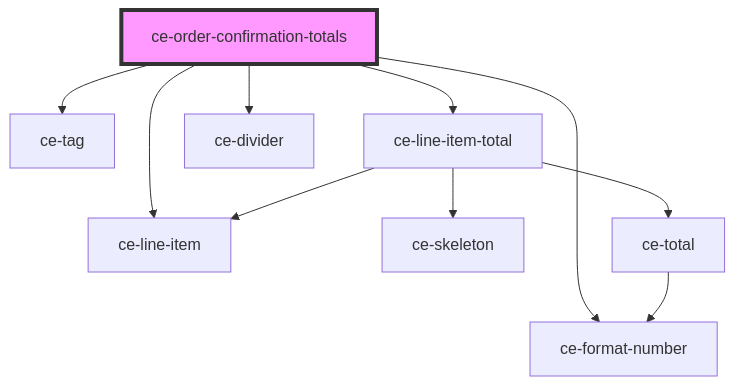
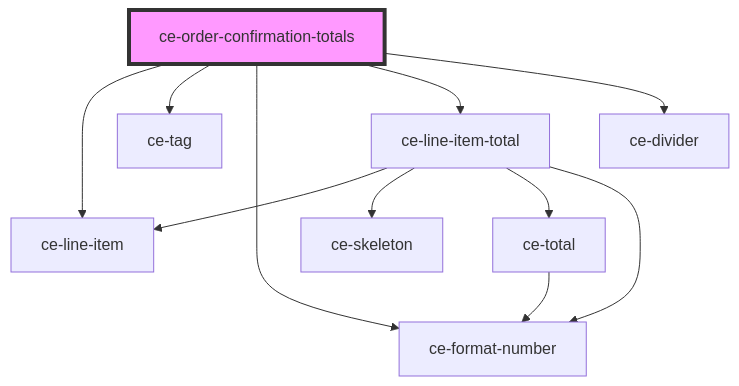
The diagram in packages/components/src/components/controllers/order-confirmation-totals/readme.md (surecart/surecart-wp-plugin), drawn with Mermaid before and after one commit. The commit also changed 162 other files, not shown here.

````diff
--- a/packages/components/src/components/controllers/order-confirmation-totals/readme.md
+++ b/packages/components/src/components/controllers/order-confirmation-totals/readme.md
@@ -26,13 +26,14 @@
 ```mermaid
 graph TD;
   ce-order-confirmation-totals --> ce-line-item
   ce-order-confirmation-totals --> ce-tag
   ce-order-confirmation-totals --> ce-format-number
   ce-order-confirmation-totals --> ce-line-item-total
   ce-order-confirmation-totals --> ce-divider
   ce-line-item-total --> ce-line-item
   ce-line-item-total --> ce-skeleton
   ce-line-item-total --> ce-total
+  ce-line-item-total --> ce-format-number
   ce-total --> ce-format-number
   style ce-order-confirmation-totals fill:#f9f,stroke:#333,stroke-width:4px
 ```
````
